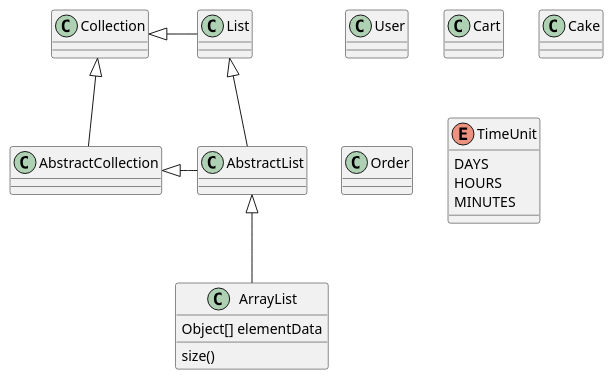
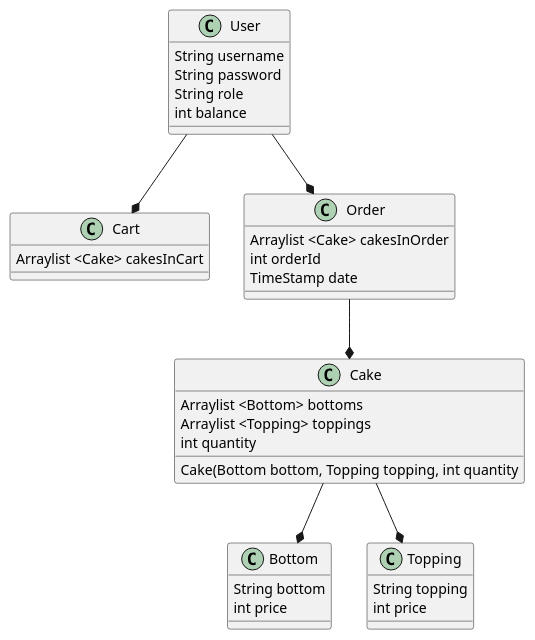
The diagram in documentation/Diagrams/Class Diagram.puml (Berry1196/cupcake), drawn with PlantUML before and after one commit.

Commit message:
elaborates class diagram

```diff
--- a/documentation/Diagrams/Class Diagram.puml
+++ b/documentation/Diagrams/Class Diagram.puml
@@ -1,27 +1,46 @@
 @startuml
 'https://plantuml.com/class-diagram
 
-class User
-class Cart
-class Cake
-class Order
-
-List <|-- AbstractList
-Collection <|-- AbstractCollection
-
-Collection <|- List
-AbstractCollection <|- AbstractList
-AbstractList <|-- ArrayList
-
-class ArrayList {
-Object[] elementData
-size()
+class User {
+String username
+String password
+String role
+int balance
 }
 
-enum TimeUnit {
-DAYS
-HOURS
-MINUTES
+class Cart{
+Arraylist <Cake> cakesInCart
 }
 
+class Order {
+Arraylist <Cake> cakesInOrder
+int orderId
+TimeStamp date
+}
+
+class Cake{
+Arraylist <Bottom> bottoms
+Arraylist <Topping> toppings
+int quantity
+Cake(Bottom bottom, Topping topping, int quantity
+}
+
+class Bottom{
+String bottom
+int price
+}
+
+class Topping{
+String topping
+int price
+}
+
+User --* Cart
+User --* Order
+Order --* Cake
+Cake --* Bottom
+Cake --* Topping
+
+
+
 @enduml
```
